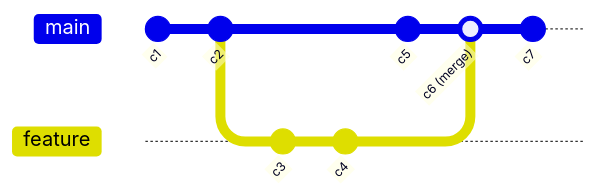
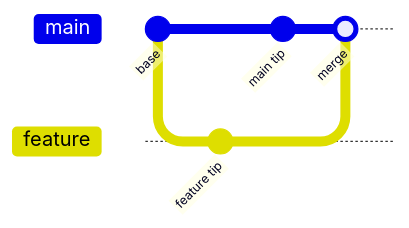
Before and after one commit to rust-util-collections/vsdb: the diagram in strata/docs/versioned.md, drawn with Mermaid. The commit also changed other lines of this file and 37 other files, not shown here.

````diff
--- a/strata/docs/versioned.md
+++ b/strata/docs/versioned.md
@@ -137,12 +140,9 @@
 ```mermaid
 gitGraph
-    commit id: "c1"
-    commit id: "c2"
+    commit id: "base"
     branch feature
-    commit id: "c3"
-    commit id: "c4"
+    commit id: "feature tip"
     checkout main
-    commit id: "c5"
-    merge feature id: "c6 (merge)"
-    commit id: "c7"
+    commit id: "main tip"
+    merge feature id: "merge"
 ```
````
